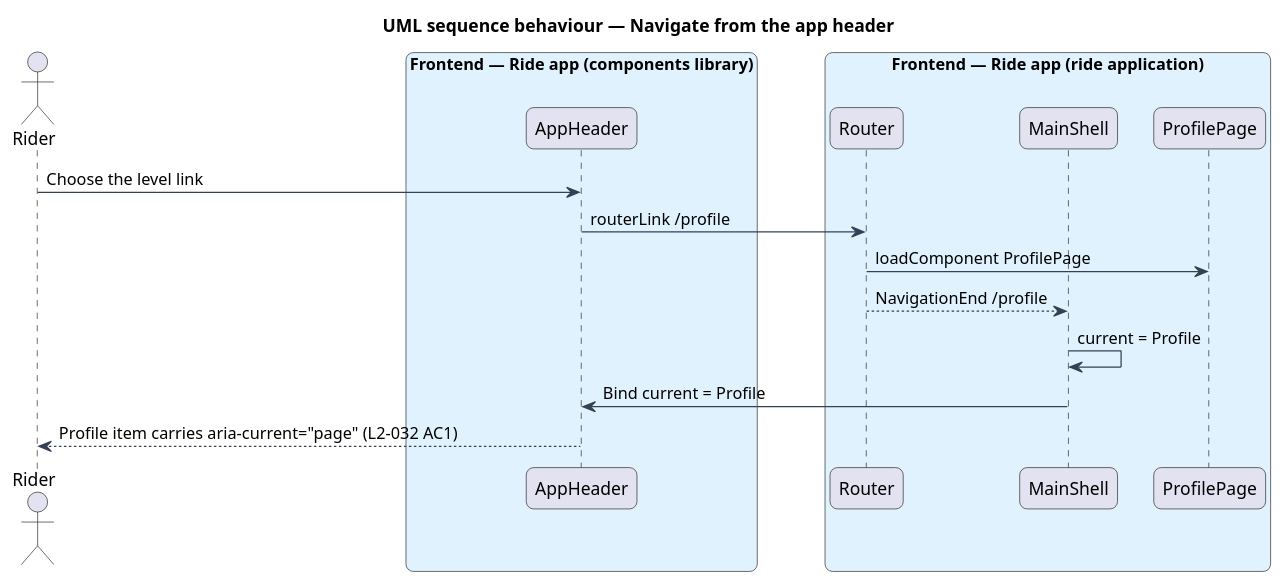
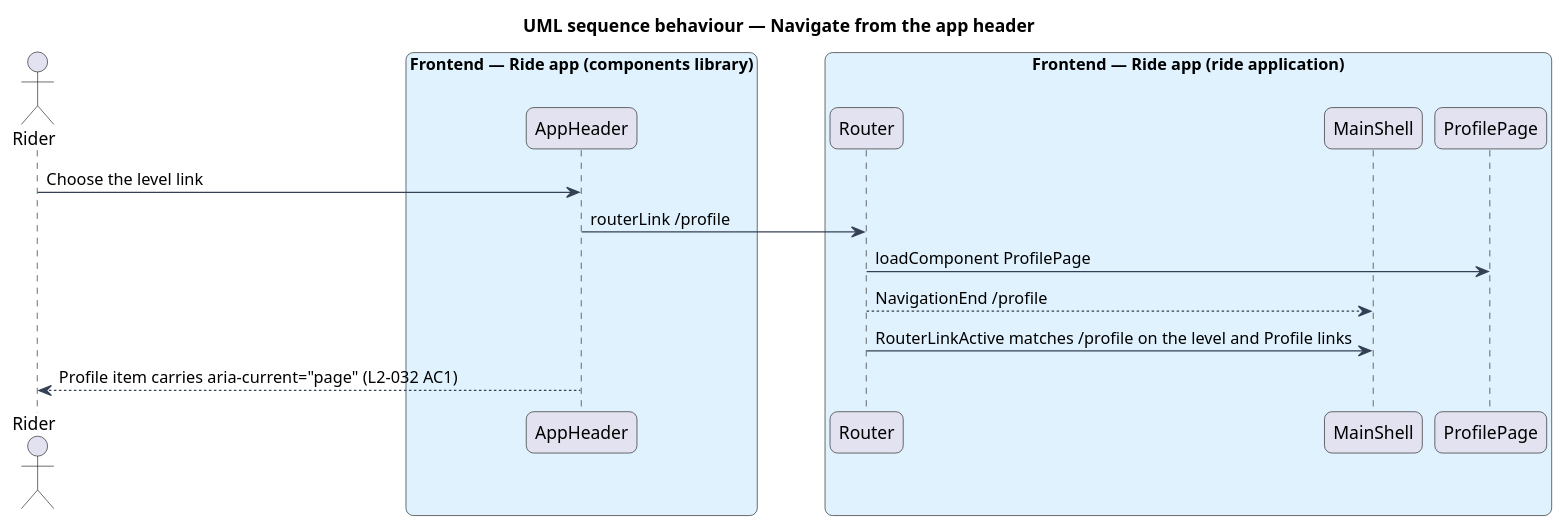
Before and after one commit to QuinntyneBrown/ride-one: the diagram in docs/detailed-designs/home/show-the-app-header/diagrams/sequence-navigate.puml, drawn with PlantUML. The commit also changed 128 other files, not shown here.

```diff
--- a/docs/detailed-designs/home/show-the-app-header/diagrams/sequence-navigate.puml
+++ b/docs/detailed-designs/home/show-the-app-header/diagrams/sequence-navigate.puml
@@ -1,33 +1,32 @@
 @startuml
 title UML sequence behaviour — Navigate from the app header
 skinparam backgroundColor #FFFFFF
 skinparam shadowing false
 skinparam roundcorner 12
 skinparam defaultFontName Arial
 skinparam ArrowColor #344054
 skinparam rectangle {
   BorderColor #344054
   FontColor #101828
 }
 skinparam package {
   BorderColor #667085
   FontColor #101828
   BackgroundColor #F9FAFB
 }
 actor "Rider" as actor
 box "Frontend — Ride app (components library)" #E0F2FE
   participant "AppHeader" as apphdr
 end box
 box "Frontend — Ride app (ride application)" #E0F2FE
   participant "Router" as router
   participant "MainShell" as shell
   participant "ProfilePage" as page
 end box
 actor -> apphdr : Choose the level link
 apphdr -> router : routerLink /profile
 router -> page : loadComponent ProfilePage
 router --> shell : NavigationEnd /profile
-shell -> shell : current = Profile
-shell -> apphdr : Bind current = Profile
+router -> shell : RouterLinkActive matches /profile on the level and Profile links
 apphdr --> actor : Profile item carries aria-current="page" (L2-032 AC1)
 @enduml
```
